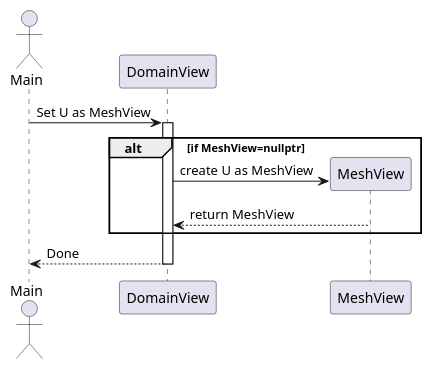
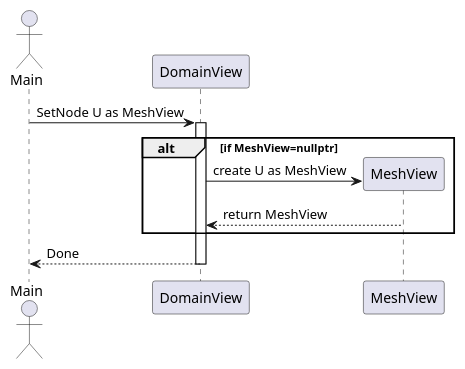
The third of 5 diagrams in src/simpla/engine/engine.puml (simpla-fusion/SimPla), drawn with PlantUML before and after one commit. The commit also changed other lines of this file and 40 other files, not shown here.

```diff
--- a/src/simpla/engine/engine.puml
+++ b/src/simpla/engine/engine.puml
@@ -186,12 +186,12 @@
   @startuml
   actor Main
-  Main -> DomainView : Set U as MeshView
+  Main -> DomainView : SetNode U as MeshView
   activate DomainView
       alt if MeshView=nullptr
            create MeshView
       DomainView -> MeshView : create U as MeshView
       MeshView --> DomainView: return MeshView
       end
       DomainView --> Main : Done
   deactivate DomainView
   @enduml
```
